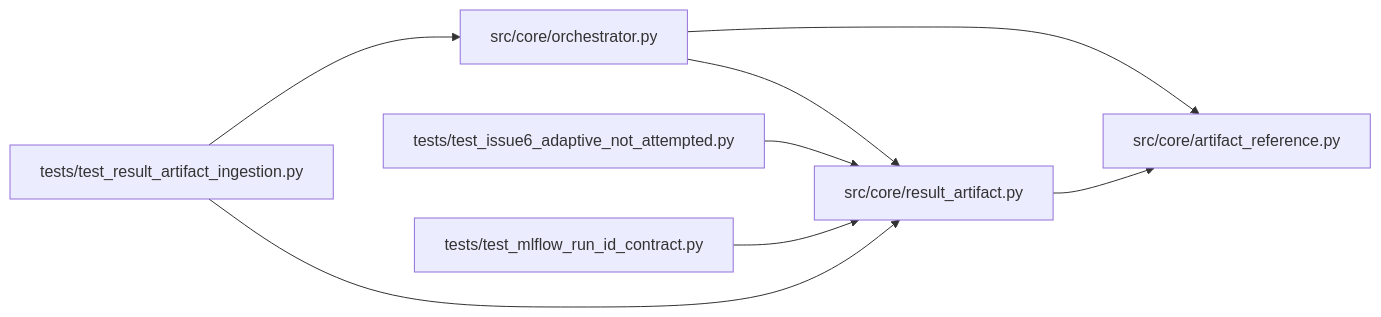
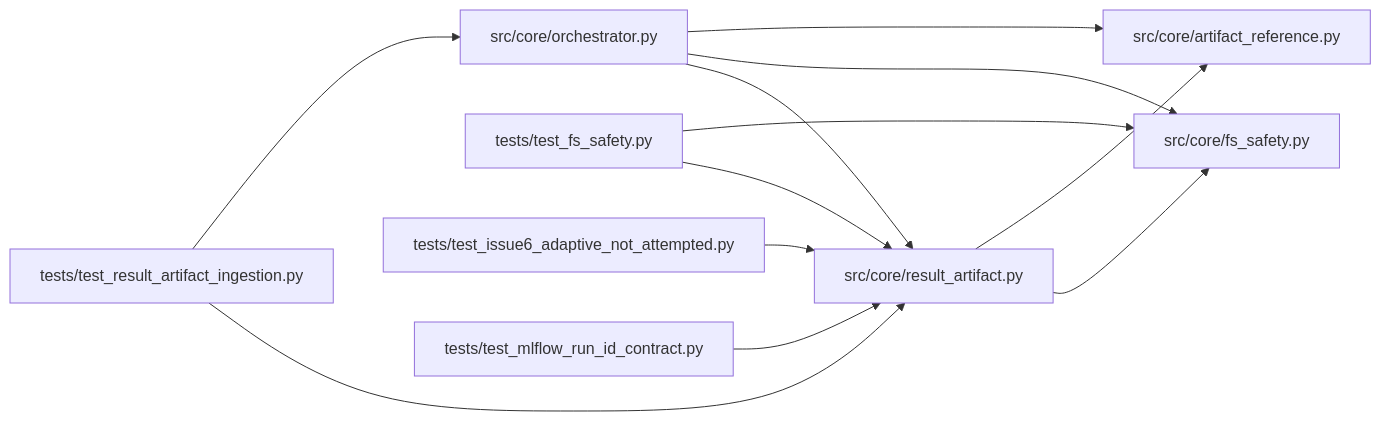
One commit to Denissvgn/autoresearch-agent changed the diagram in docs/llm_wiki/modules/result_artifact.md. Above: the diagram before and after it, drawn with Mermaid. The commit also changed other lines of this file and 34 other files, not shown here.

````diff
--- a/docs/llm_wiki/modules/result_artifact.md
+++ b/docs/llm_wiki/modules/result_artifact.md
@@ -26,22 +26,30 @@
 ```mermaid
 flowchart LR
     n0["src/core/artifact_reference.py"]
-    n1["src/core/orchestrator.py"]
-    n2["src/core/result_artifact.py"]
-    n3["tests/test_issue6_adaptive_not_attempted.py"]
-    n4["tests/test_mlflow_run_id_contract.py"]
-    n5["tests/test_result_artifact_ingestion.py"]
-    n1 --> n0
-    n1 --> n2
+    n1["src/core/fs_safety.py"]
+    n2["src/core/orchestrator.py"]
+    n3["src/core/result_artifact.py"]
+    n4["tests/test_fs_safety.py"]
+    n5["tests/test_issue6_adaptive_not_attempted.py"]
+    n6["tests/test_mlflow_run_id_contract.py"]
+    n7["tests/test_result_artifact_ingestion.py"]
     n2 --> n0
-    n3 --> n2
-    n4 --> n2
-    n5 --> n1
-    n5 --> n2
+    n2 --> n1
+    n2 --> n3
+    n3 --> n0
+    n3 --> n1
+    n4 --> n1
+    n4 --> n3
+    n5 --> n3
+    n6 --> n3
+    n7 --> n2
+    n7 --> n3
     click n0 "../modules/artifact_reference.md"
-    click n1 "../modules/orchestrator.md"
-    click n2 "../modules/result_artifact.md"
-    click n3 "../modules/test_issue6_adaptive_not_attempted.md"
-    click n4 "../modules/test_mlflow_run_id_contract.md"
-    click n5 "../modules/test_result_artifact_ingestion.md"
+    click n1 "../modules/fs_safety.md"
+    click n2 "../modules/orchestrator.md"
+    click n3 "../modules/result_artifact.md"
+    click n4 "../modules/test_fs_safety.md"
+    click n5 "../modules/test_issue6_adaptive_not_attempted.md"
+    click n6 "../modules/test_mlflow_run_id_contract.md"
+    click n7 "../modules/test_result_artifact_ingestion.md"
 ```
````
